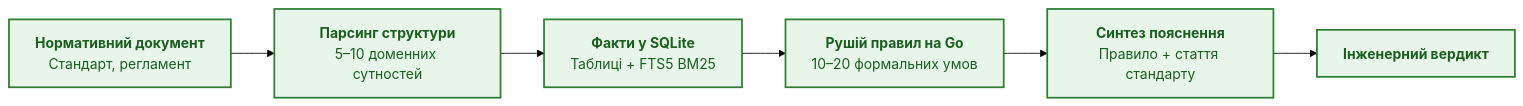
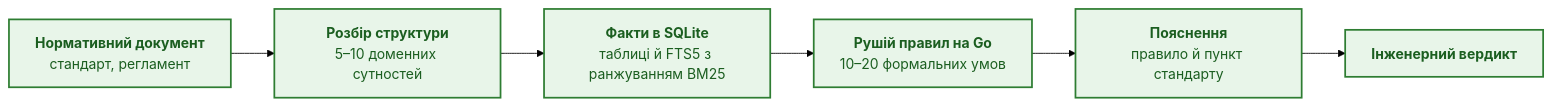
Before and after one commit to nick-fedchik/articles: the seventh of 7 diagrams in ExpertSystem/ch18-execution-infrastructure.md, drawn with Mermaid (forest theme). The commit also changed other lines of this file, not shown here.

````diff
--- a/ExpertSystem/ch18-execution-infrastructure.md
+++ b/ExpertSystem/ch18-execution-infrastructure.md
@@ -510,14 +443,14 @@
 ```mermaid
 flowchart LR
-    accTitle: Мінімальне доказове ядро експертної системи
-    accDescr: Проходження нормативного документа через парсер, базу SQLite, прості правила та генератор пояснень без важких GPU.
+    accTitle: Мінімальна автономна конфігурація експертної системи
+    accDescr: Нормативний документ проходить розбір, факти зберігаються в SQLite з повнотекстовим пошуком, рушій правил на Go виводить висновок, а пояснення посилається на правило й пункт стандарту.
 
-    Doc["<b>Нормативний документ</b><br/>Стандарт, регламент"] --> Parse["<b>Парсинг структури</b><br/>5–10 доменних сутностей"]
-    Parse --> DB["<b>Факти у SQLite</b><br/>Таблиці + FTS5 BM25"]
+    Doc["<b>Нормативний документ</b><br/>стандарт, регламент"] --> Parse["<b>Розбір структури</b><br/>5–10 доменних сутностей"]
+    Parse --> DB["<b>Факти в SQLite</b><br/>таблиці й FTS5 з ранжуванням BM25"]
     DB --> Engine["<b>Рушій правил на Go</b><br/>10–20 формальних умов"]
-    Engine --> Expl["<b>Синтез пояснення</b><br/>Правило + стаття стандарту"]
+    Engine --> Expl["<b>Пояснення</b><br/>правило й пункт стандарту"]
     Expl --> Human["<b>Інженерний вердикт</b>"]
 
     classDef min fill:#e8f5e9,stroke:#2e7d32,stroke-width:2px,color:#1b5e20;
     class Doc,Parse,DB,Engine,Expl,Human min;
 ```
````
